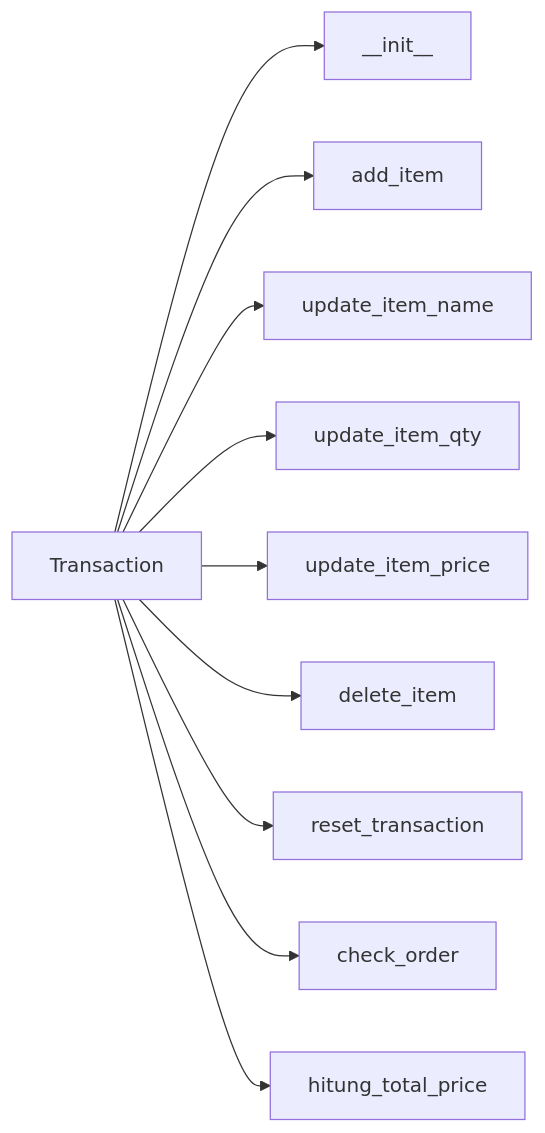
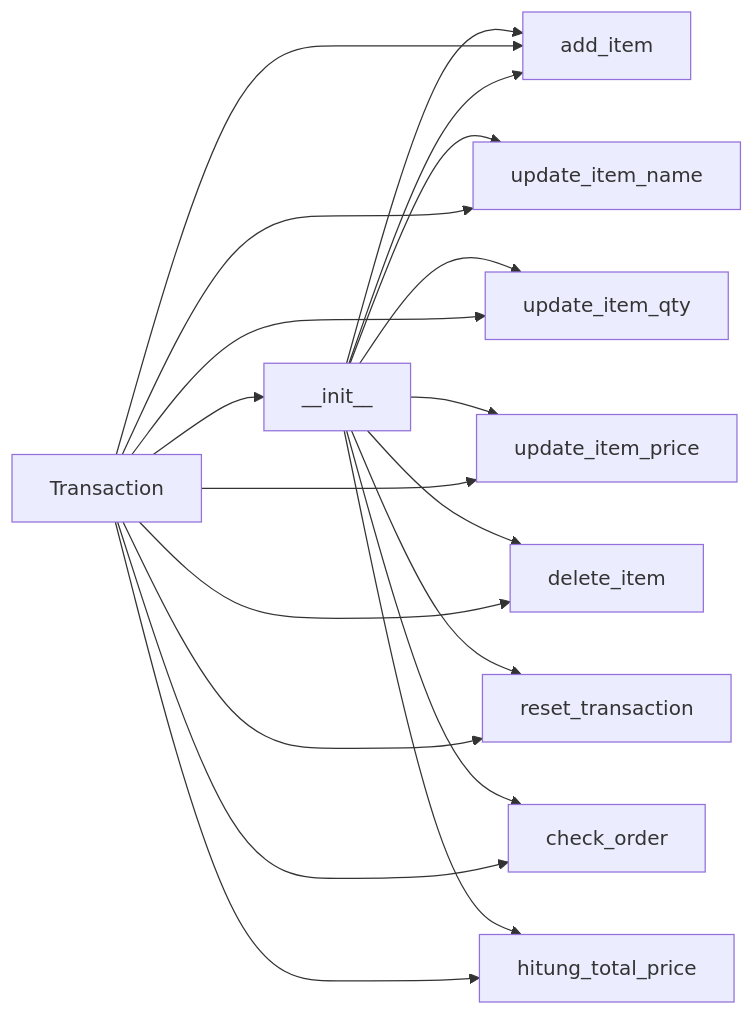
The diagram in README.md (zakifathoni/Cashier-Project-Python), drawn with Mermaid before and after one commit.

````diff
--- a/README.md
+++ b/README.md
@@ -6,12 +6,21 @@
   ```mermaid
 graph LR
-A[Transaction] --> B[__init__]
+A[Transaction] --> B[__init__] --> C[add_item]
 A --> C[add_item]
 A --> D[update_item_name]
 A --> E[update_item_qty]
 A --> F[update_item_price]
 A --> G[delete_item]
 A --> H[reset_transaction]
 A --> I[check_order]
 A --> J[hitung_total_price]
+
+B --> C
+B --> D
+B --> E
+B --> F
+B --> G
+B --> H
+B --> I
+B --> J
   ```
````
